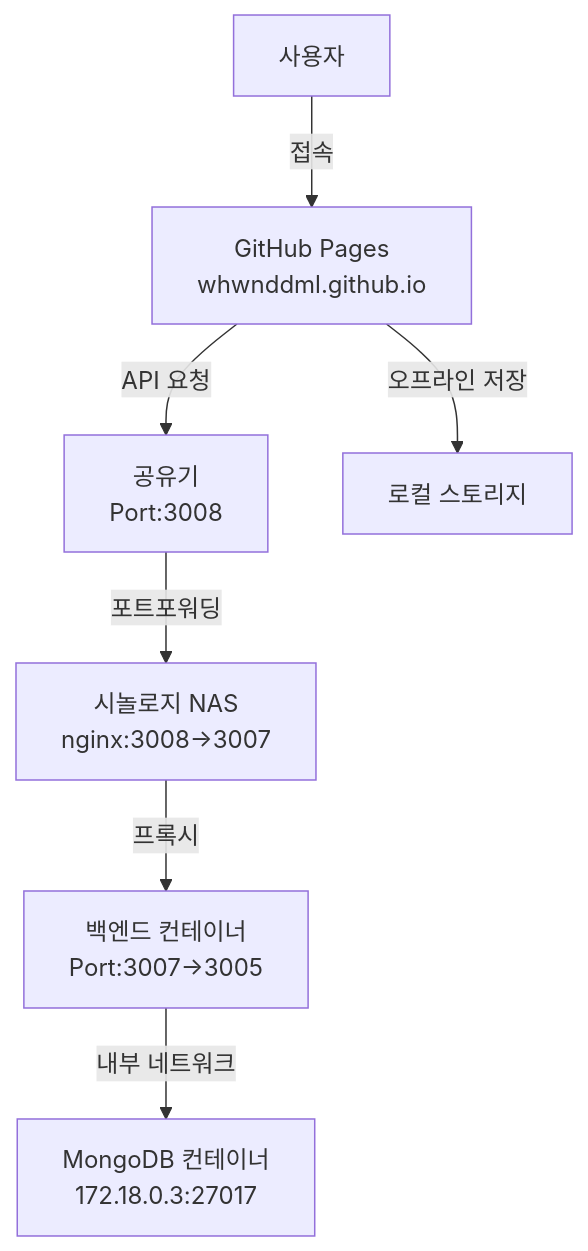
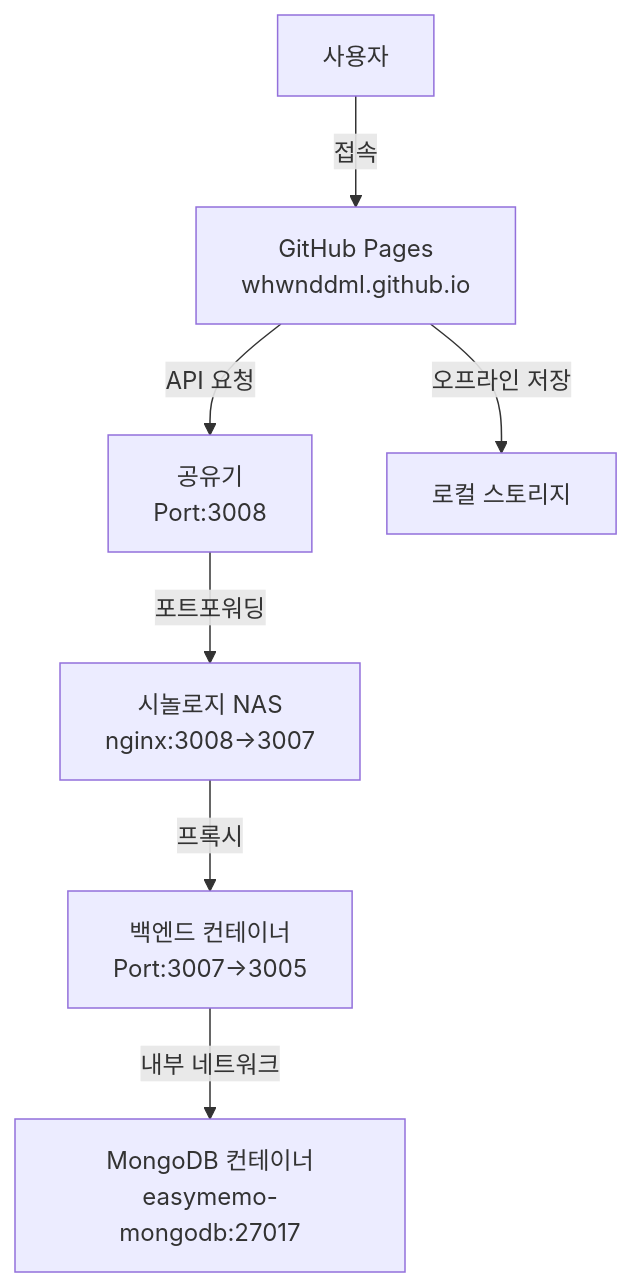
The diagram in README.md (whwnddml/easy-memo), drawn with Mermaid before and after one commit. The commit also changed other lines of this file and 1 other file, not shown here.

````diff
--- a/README.md
+++ b/README.md
@@ -11,9 +11,9 @@
 ```mermaid
 graph TD
     A[사용자] -->|접속| B[GitHub Pages<br/>whwnddml.github.io]
     B -->|API 요청| C[공유기<br/>Port:3008]
     C -->|포트포워딩| D[시놀로지 NAS<br/>nginx:3008->3007]
     D -->|프록시| E[백엔드 컨테이너<br/>Port:3007->3005]
-    E -->|내부 네트워크| F[MongoDB 컨테이너<br/>172.18.0.3:27017]
+    E -->|내부 네트워크| F[MongoDB 컨테이너<br/>easymemo-mongodb:27017]
     B -->|오프라인 저장| G[로컬 스토리지]
 ```
````
